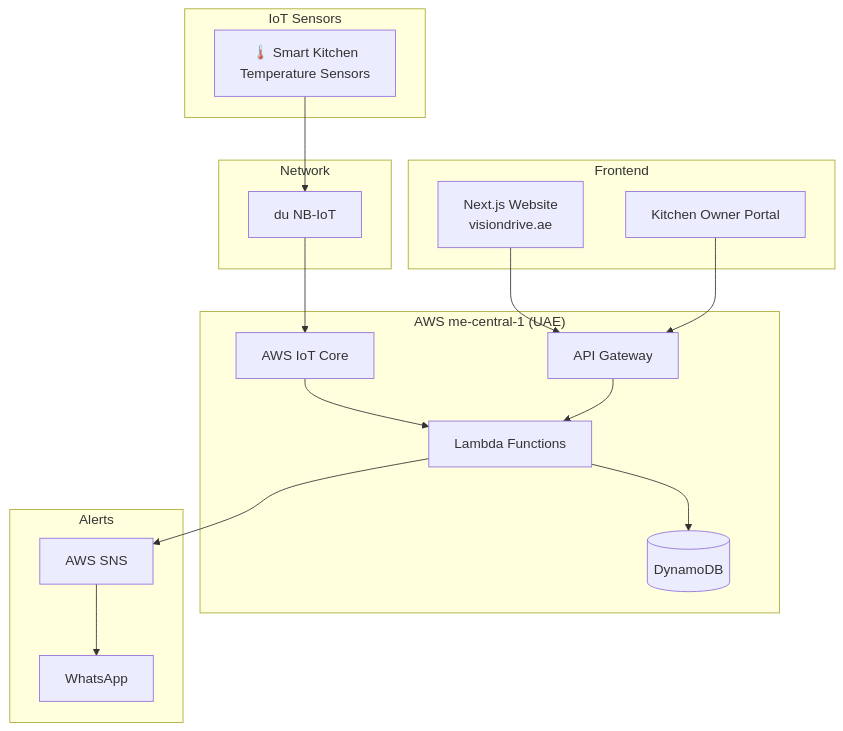
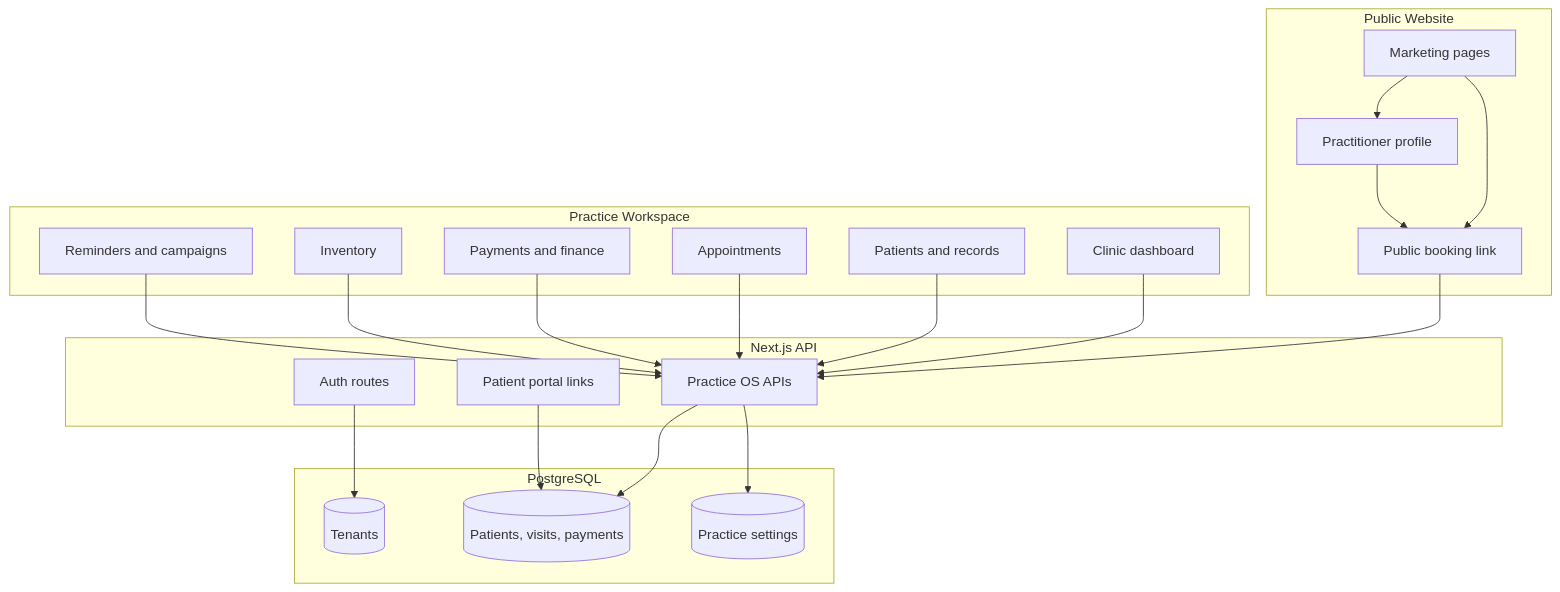
The diagram in docs/architecture-diagram.md (vadimkus/visiondrive), drawn with Mermaid before and after one commit. The commit also changed other lines of this file and 214 other files, not shown here.

First line of the commit message:
Practice OS: remove legacy kitchen surfaces

````diff
--- a/docs/architecture-diagram.md
+++ b/docs/architecture-diagram.md
@@ -3,37 +3,44 @@
 ```mermaid
 flowchart TB
-    subgraph Sensors["IoT Sensors"]
-        SK[🌡️ Smart Kitchen<br/>Temperature Sensors]
+    subgraph Public["Public Website"]
+        Home[Marketing pages]
+        Booking[Public booking link]
+        Profile[Practitioner profile]
     end
 
-    subgraph Network["Network"]
-        NB[du NB-IoT]
+    subgraph App["Practice Workspace"]
+        Clinic[Clinic dashboard]
+        Patients[Patients and records]
+        Calendar[Appointments]
+        Finance[Payments and finance]
+        Inventory[Inventory]
+        Marketing[Reminders and campaigns]
     end
 
-    subgraph AWS["AWS me-central-1 (UAE)"]
-        IOT[AWS IoT Core]
-        Lambda[Lambda Functions]
-        DB[(DynamoDB)]
-        API[API Gateway]
+    subgraph Backend["Next.js API"]
+        Auth[Auth routes]
+        ClinicAPI[Practice OS APIs]
+        Portal[Patient portal links]
     end
 
-    subgraph Frontend["Frontend"]
-        Web[Next.js Website<br/>visiondrive.ae]
-        Portal[Kitchen Owner Portal]
+    subgraph Data["PostgreSQL"]
+        Tenants[(Tenants)]
+        Records[(Patients, visits, payments)]
+        Settings[(Practice settings)]
     end
 
-    subgraph Notifications["Alerts"]
-        WA[WhatsApp]
-        SNS[AWS SNS]
-    end
-
-    SK --> NB
-    NB --> IOT
-    IOT --> Lambda
-    Lambda --> DB
-    Lambda --> SNS
-    SNS --> WA
-    API --> Lambda
-    Web --> API
-    Portal --> API
+    Home --> Booking
+    Home --> Profile
+    Booking --> ClinicAPI
+    Profile --> Booking
+    Clinic --> ClinicAPI
+    Patients --> ClinicAPI
+    Calendar --> ClinicAPI
+    Finance --> ClinicAPI
+    Inventory --> ClinicAPI
+    Marketing --> ClinicAPI
+    Auth --> Tenants
+    ClinicAPI --> Records
+    ClinicAPI --> Settings
+    Portal --> Records
 ```
````
